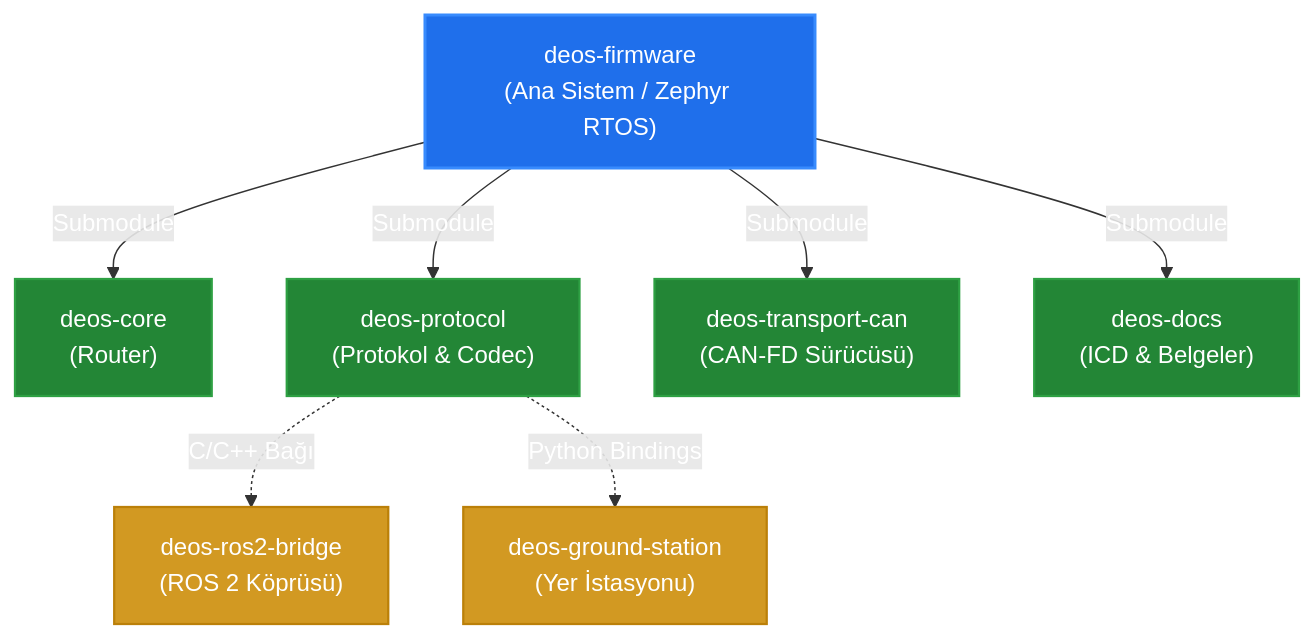
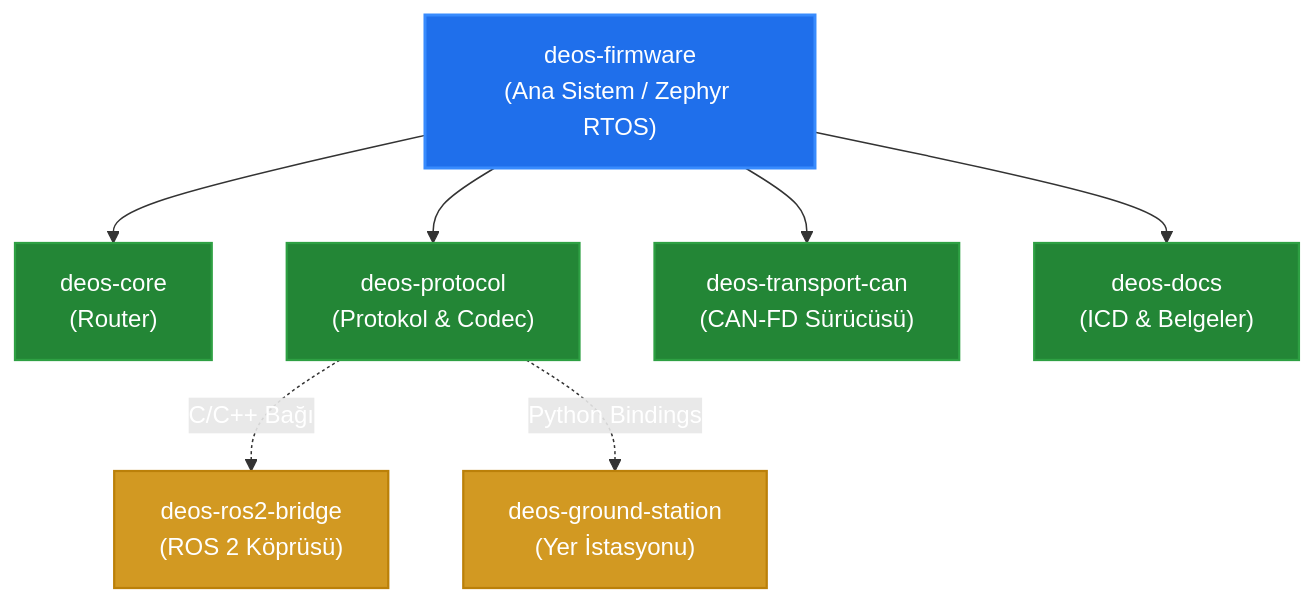
Before and after one commit to DEUDEOS-Team/deos-firmware: the first of 2 diagrams in README.md, drawn with Mermaid. The commit also changed other lines of this file, not shown here.

Commit message:
docs: harmonize topology layout and remove edge clutter in diagrams

````diff
--- a/README.md
+++ b/README.md
@@ -13,16 +13,16 @@
 ```mermaid
 graph TD
     classDef root fill:#1f6feb,stroke:#388bfd,stroke-width:2px,color:#ffffff;
     classDef sub fill:#238636,stroke:#2ea043,stroke-width:1.5px,color:#ffffff;
     classDef ext fill:#d29922,stroke:#bb8009,stroke-width:1.5px,color:#ffffff;
 
     FW["deos-firmware<br/>(Ana Sistem / Zephyr RTOS)"]:::root
 
-    FW -->|"Submodule"| CORE["deos-core<br/>(Router)"]:::sub
-    FW -->|"Submodule"| PROTO["deos-protocol<br/>(Protokol & Codec)"]:::sub
-    FW -->|"Submodule"| CAN["deos-transport-can<br/>(CAN-FD Sürücüsü)"]:::sub
-    FW -->|"Submodule"| DOCS["deos-docs<br/>(ICD & Belgeler)"]:::sub
+    FW --> CORE["deos-core<br/>(Router)"]:::sub
+    FW --> PROTO["deos-protocol<br/>(Protokol & Codec)"]:::sub
+    FW --> CAN["deos-transport-can<br/>(CAN-FD Sürücüsü)"]:::sub
+    FW --> DOCS["deos-docs<br/>(ICD & Belgeler)"]:::sub
 
     PROTO -.->|"C/C++ Bağı"| ROS["deos-ros2-bridge<br/>(ROS 2 Köprüsü)"]:::ext
     PROTO -.->|"Python Bindings"| GCS["deos-ground-station<br/>(Yer İstasyonu)"]:::ext
 ```
````
